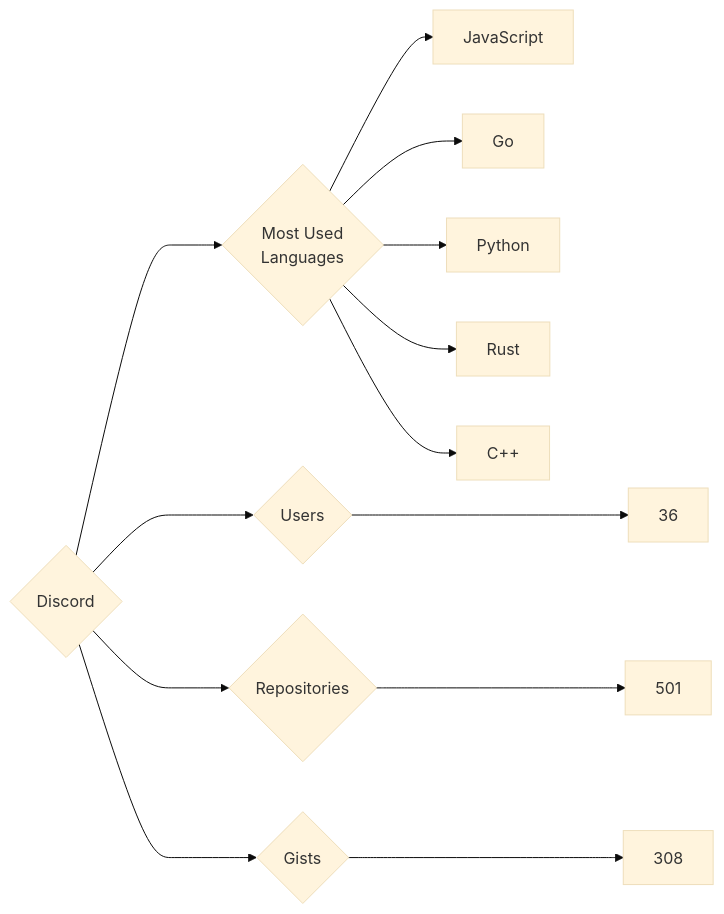
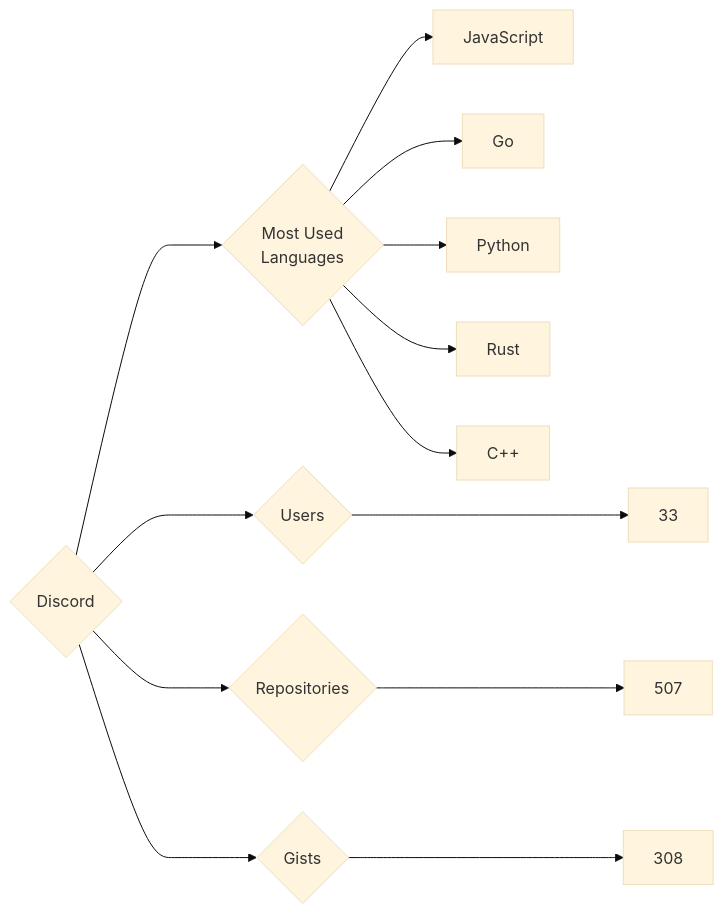
Before and after one commit to trickest/insiders: the diagram in targets/Discord/README.md, drawn with Mermaid (base theme). The commit also changed 895 other files, not shown here.

````diff
--- a/targets/Discord/README.md
+++ b/targets/Discord/README.md
@@ -3,13 +3,13 @@
 ```mermaid
 graph LR
 COMPANY_NAME{Discord}
-COMPANY_NAME ---> U{Users} ---> UN[36]
-COMPANY_NAME ---> R{Repositories} ---> RN[501]
+COMPANY_NAME ---> U{Users} ---> UN[33]
+COMPANY_NAME ---> R{Repositories} ---> RN[507]
 COMPANY_NAME ---> G{Gists} ---> GN[308]
 COMPANY_NAME ---> ML{Most Used<br>Languages}
 ML --> JavaScript[JavaScript]
 ML --> Go[Go]
 ML --> Python[Python]
 ML --> Rust[Rust]
 ML --> C++[C++]
 ```
````
